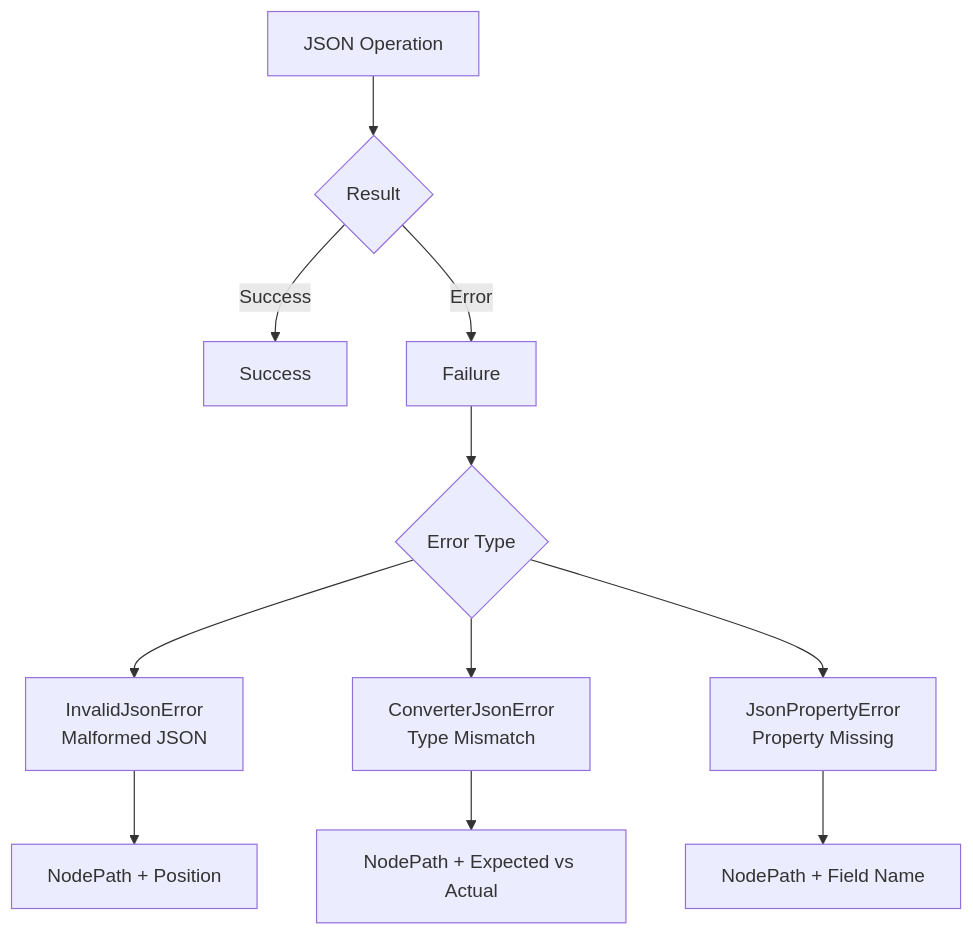
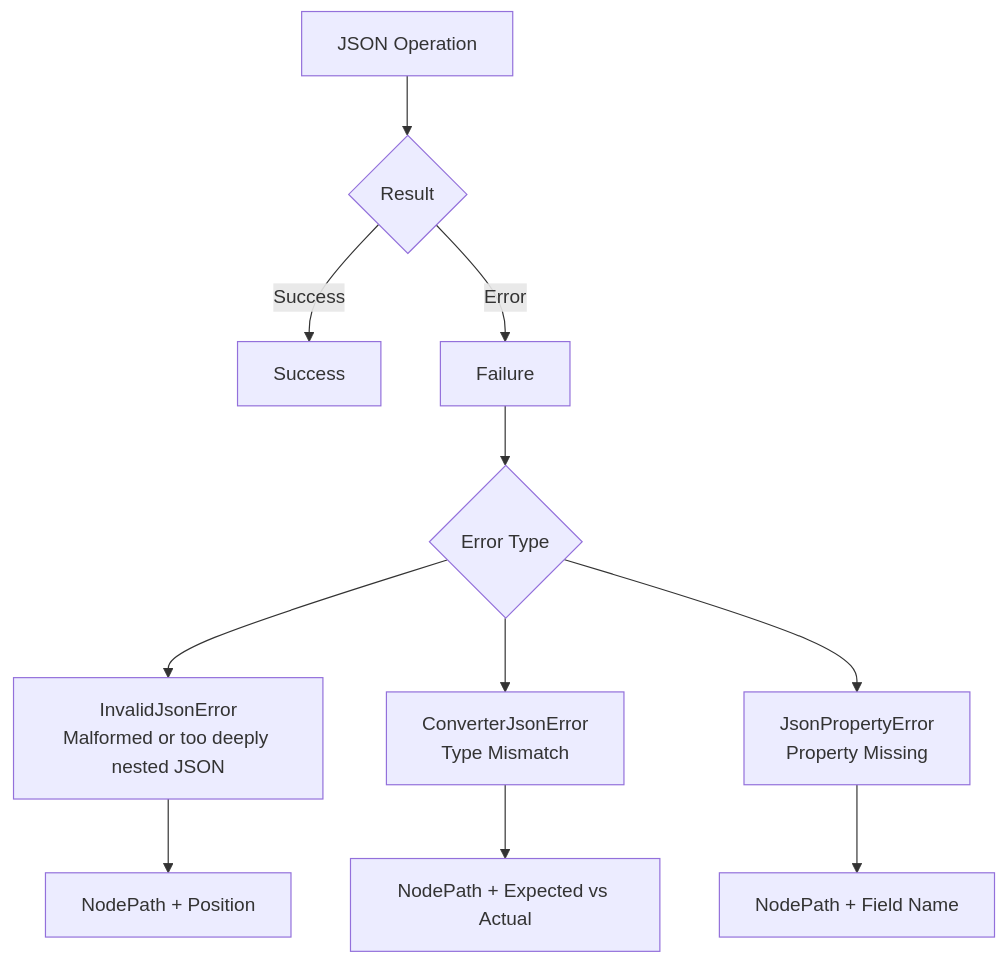
One commit to uberto/kondor-json changed the third of 3 diagrams in docs/kondor-core.md. Above: the diagram before and after it, drawn with Mermaid. The commit also changed other lines of this file and 8 other files, not shown here.

First line of the commit message:
Report a Json nested too deeply instead of throwing

````diff
--- a/docs/kondor-core.md
+++ b/docs/kondor-core.md
@@ -128,13 +128,13 @@
 ```mermaid
 graph TD
     A[JSON Operation] --> B{Result}
     B -->|Success| C[Success<T>]
     B -->|Error| D[Failure<JsonError>]
     D --> E{Error Type}
-    E --> F[InvalidJsonError<br/>Malformed JSON]
+    E --> F[InvalidJsonError<br/>Malformed or too deeply nested JSON]
     E --> G[ConverterJsonError<br/>Type Mismatch]
     E --> H[JsonPropertyError<br/>Property Missing]
     F --> I[NodePath + Position]
     G --> J[NodePath + Expected vs Actual]
     H --> K[NodePath + Field Name]
 ```
````
